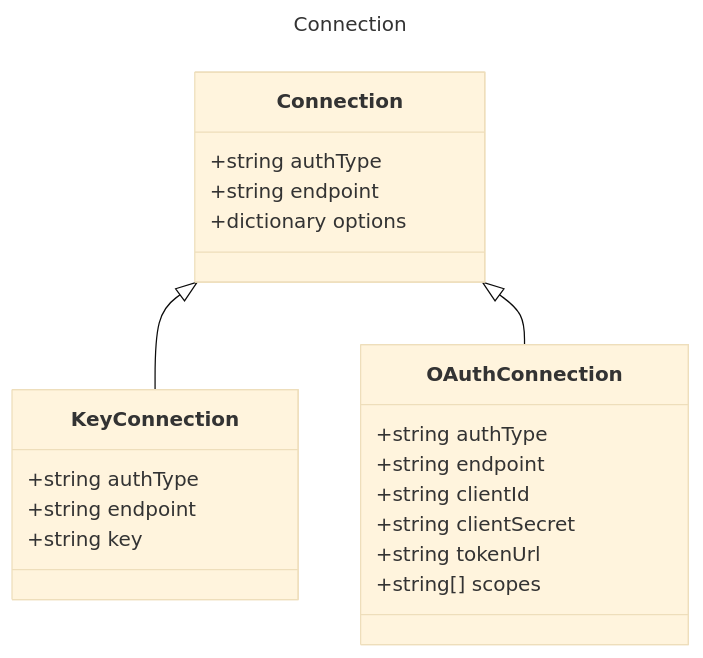
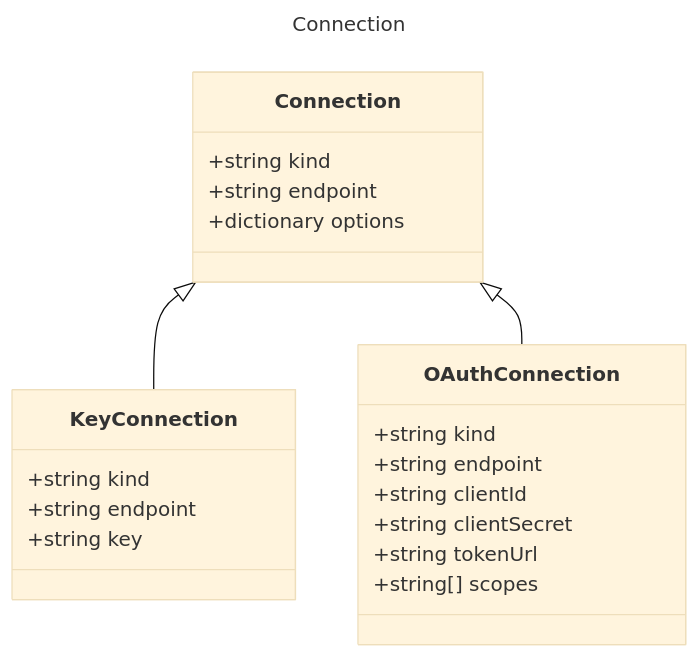
One commit to microsoft/prompty changed the diagram in specification/prompty/docs/Connection.md. Above: the diagram before and after it, drawn with Mermaid (base theme). The commit also changed other lines of this file and 27 other files, not shown here.

Commit message:
moved from 'type' to 'kind' throughout the spec

````diff
--- a/specification/prompty/docs/Connection.md
+++ b/specification/prompty/docs/Connection.md
@@ -9,26 +9,26 @@
 ```mermaid
 ---
 title: Connection
 ---
 classDiagram
     class Connection {
-        +string authType
+        +string kind
         +string endpoint
         +dictionary options
     }
     class KeyConnection {
-        +string authType
+        +string kind
         +string endpoint
         +string key
     }
     Connection <|-- KeyConnection
     class OAuthConnection {
-        +string authType
+        +string kind
         +string endpoint
         +string clientId
         +string clientSecret
         +string tokenUrl
         +string[] scopes
     }
     Connection <|-- OAuthConnection
 ```
````
